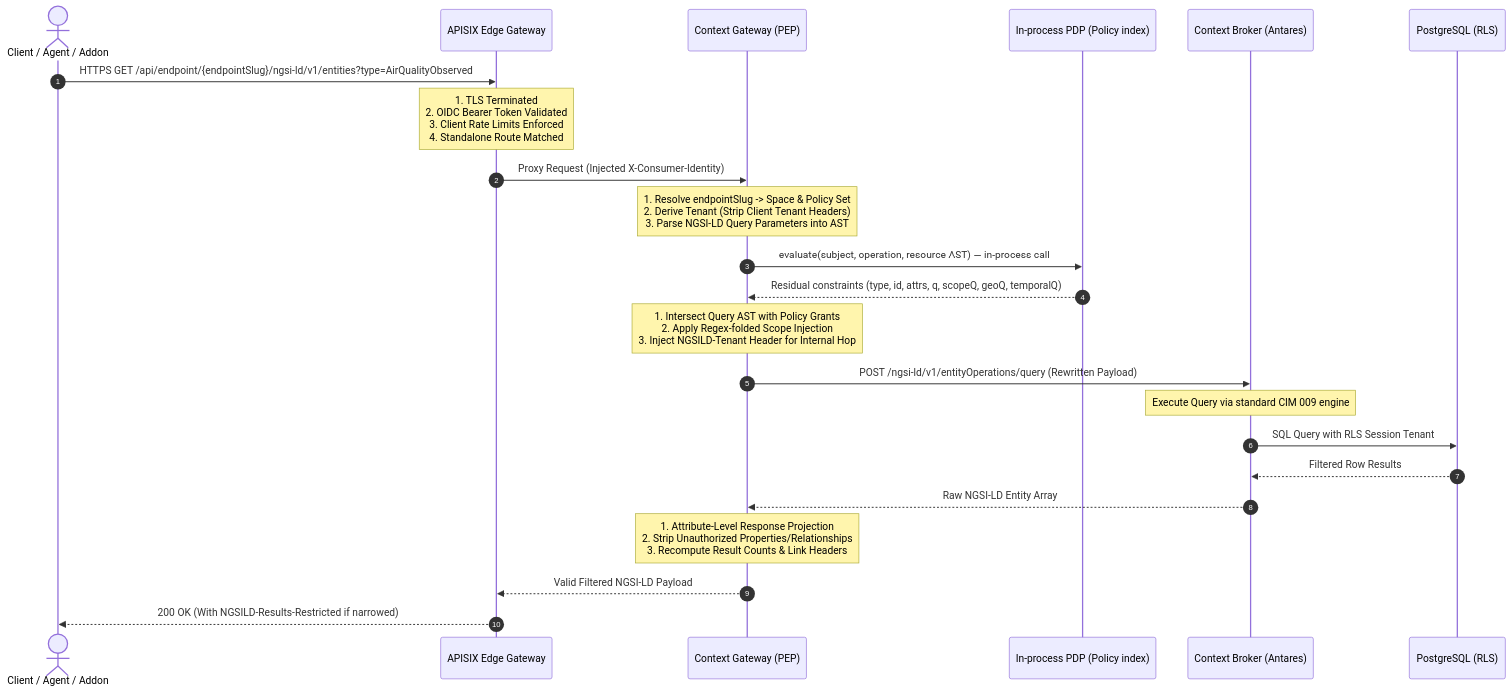
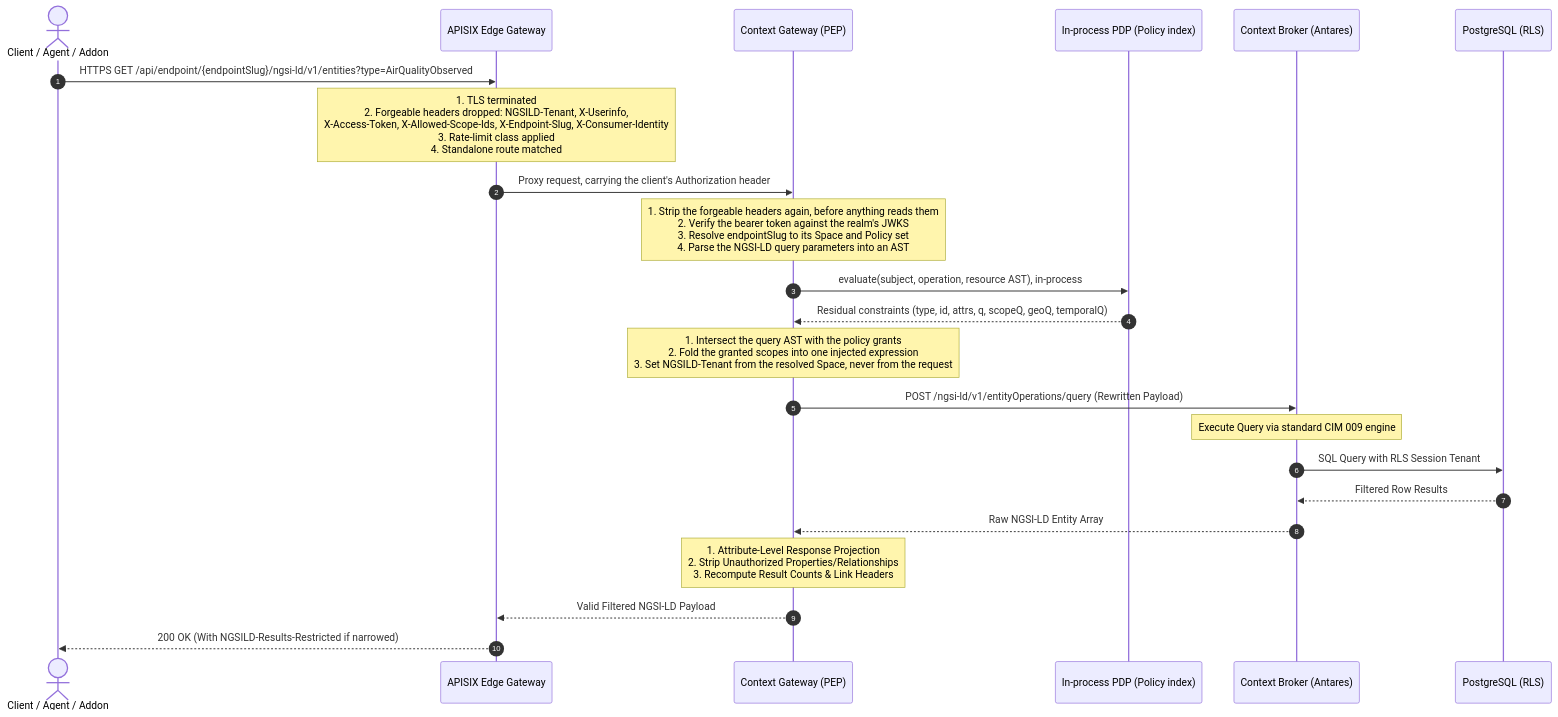
One commit to marek-mraz-jc/joinedcontext-docs changed the diagram in Architecture/01-overview.md. Above: the diagram before and after it, drawn with Mermaid. The commit also changed other lines of this file and 9 other files, not shown here.

First line of the commit message:
T-2153 T-2154 T-2155 T-2157 T-2158: Architecture 01, 02, 03, 05, 06: correct what the code does not do (T-2153, T-2154, T-2155, T-2157, T-2158, TS-19)

````diff
--- a/Architecture/01-overview.md
+++ b/Architecture/01-overview.md
@@ -24,33 +24,33 @@
 ```mermaid
 sequenceDiagram
     autonumber
     actor Client as Client / Agent / Addon
     participant Edge as APISIX Edge Gateway
     participant PEP as Context Gateway (PEP)
     participant PDP as In-process PDP (Policy index)
     participant Broker as Context Broker (Antares)
     participant DB as PostgreSQL (RLS)
 
     Client->>Edge: HTTPS GET /api/endpoint/{endpointSlug}/ngsi-ld/v1/entities?type=AirQualityObserved
-    Note over Edge: 1. TLS Terminated<br/>2. OIDC Bearer Token Validated<br/>3. Client Rate Limits Enforced<br/>4. Standalone Route Matched
+    Note over Edge: 1. TLS terminated<br/>2. Forgeable headers dropped: NGSILD-Tenant, X-Userinfo,<br/>X-Access-Token, X-Allowed-Scope-Ids, X-Endpoint-Slug, X-Consumer-Identity<br/>3. Rate-limit class applied<br/>4. Standalone route matched
 
-    Edge->>PEP: Proxy Request (Injected X-Consumer-Identity)
-    Note over PEP: 1. Resolve endpointSlug -> Space & Policy Set<br/>2. Derive Tenant (Strip Client Tenant Headers)<br/>3. Parse NGSI-LD Query Parameters into AST
+    Edge->>PEP: Proxy request, carrying the client's Authorization header
+    Note over PEP: 1. Strip the forgeable headers again, before anything reads them<br/>2. Verify the bearer token against the realm's JWKS<br/>3. Resolve endpointSlug to its Space and Policy set<br/>4. Parse the NGSI-LD query parameters into an AST
 
-    PEP->>PDP: evaluate(subject, operation, resource AST) — in-process call
+    PEP->>PDP: evaluate(subject, operation, resource AST), in-process
     PDP-->>PEP: Residual constraints (type, id, attrs, q, scopeQ, geoQ, temporalQ)
 
-    Note over PEP: 1. Intersect Query AST with Policy Grants<br/>2. Apply Regex-folded Scope Injection<br/>3. Inject NGSILD-Tenant Header for Internal Hop
+    Note over PEP: 1. Intersect the query AST with the policy grants<br/>2. Fold the granted scopes into one injected expression<br/>3. Set NGSILD-Tenant from the resolved Space, never from the request
 
     PEP->>Broker: POST /ngsi-ld/v1/entityOperations/query (Rewritten Payload)
     Note over Broker: Execute Query via standard CIM 009 engine
 
     Broker->>DB: SQL Query with RLS Session Tenant
     DB-->>Broker: Filtered Row Results
     Broker-->>PEP: Raw NGSI-LD Entity Array
 
     Note over PEP: 1. Attribute-Level Response Projection<br/>2. Strip Unauthorized Properties/Relationships<br/>3. Recompute Result Counts & Link Headers
 
     PEP-->>Edge: Valid Filtered NGSI-LD Payload
     Edge-->>Client: 200 OK (With NGSILD-Results-Restricted if narrowed)
 ```
````
